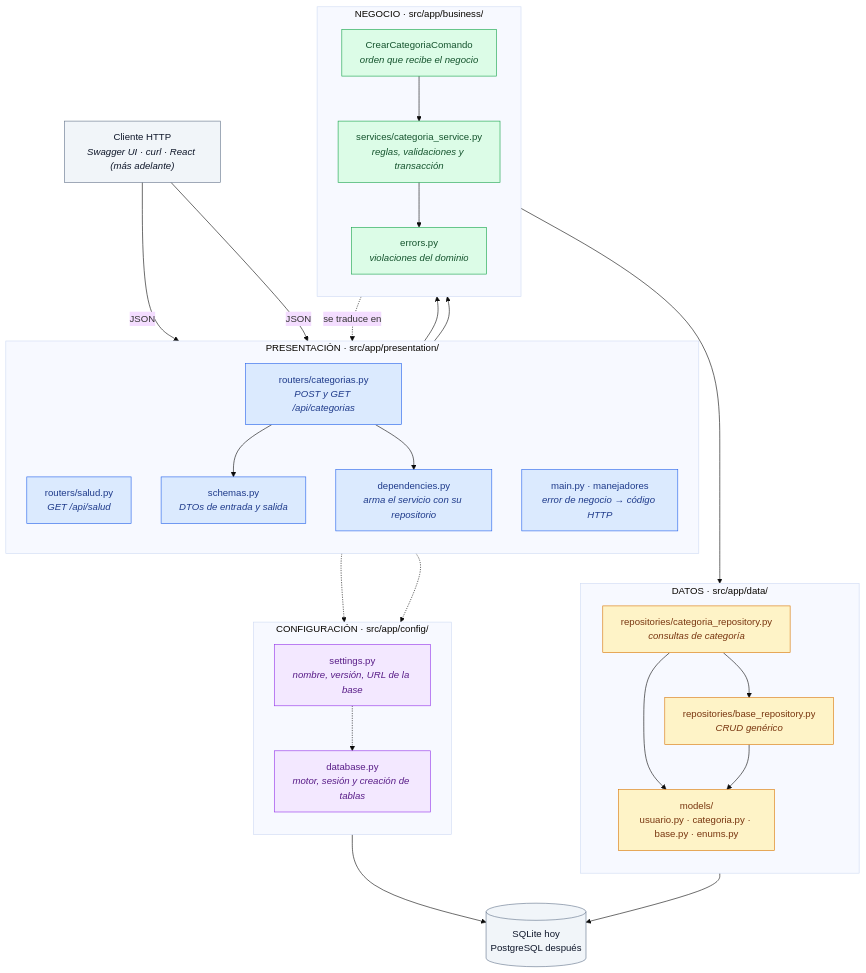
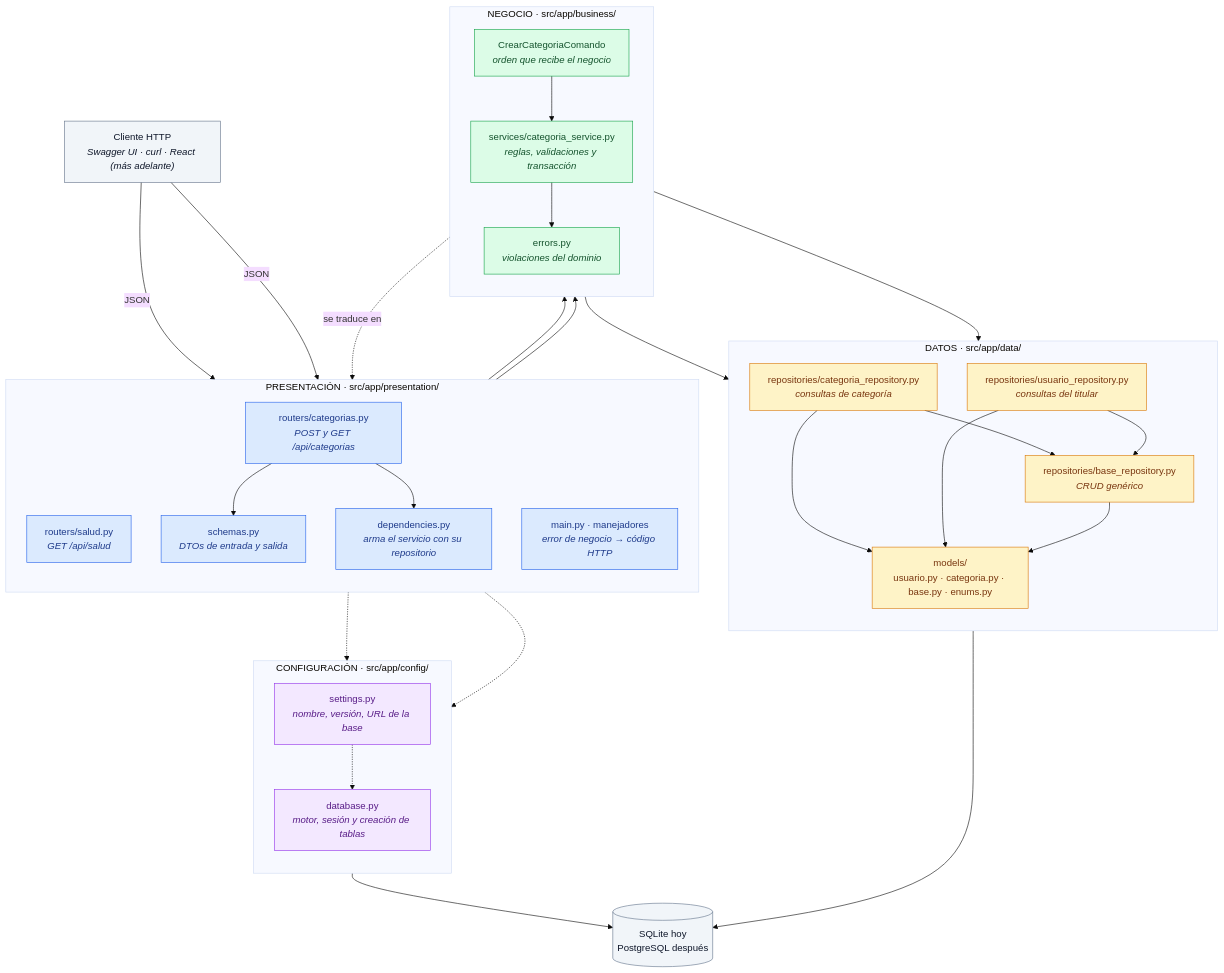
Before and after one commit to jose26solis/gastonomo: the first of 4 diagrams in docs/arquitectura.md, drawn with Mermaid (base theme). The commit also changed other lines of this file and 77 other files, not shown here.

````diff
--- a/docs/arquitectura.md
+++ b/docs/arquitectura.md
@@ -12,67 +12,71 @@
 ```mermaid
 flowchart TD
     Cliente["Cliente HTTP<br/><i>Swagger UI · curl · React (más adelante)</i>"]
 
     subgraph PRES["PRESENTACIÓN · src/app/presentation/"]
         direction TB
         RSalud["routers/salud.py<br/><i>GET /api/salud</i>"]
         RCat["routers/categorias.py<br/><i>POST y GET /api/categorias</i>"]
         Schemas["schemas.py<br/><i>DTOs de entrada y salida</i>"]
         Deps["dependencies.py<br/><i>arma el servicio con su repositorio</i>"]
         Errores["main.py · manejadores<br/><i>error de negocio → código HTTP</i>"]
     end
 
     subgraph NEG["NEGOCIO · src/app/business/"]
         direction TB
         SCat["services/categoria_service.py<br/><i>reglas, validaciones y transacción</i>"]
         Comando["CrearCategoriaComando<br/><i>orden que recibe el negocio</i>"]
         ErrNeg["errors.py<br/><i>violaciones del dominio</i>"]
     end
 
     subgraph DATOS["DATOS · src/app/data/"]
         direction TB
         RepoBase["repositories/base_repository.py<br/><i>CRUD genérico</i>"]
         RepoCat["repositories/categoria_repository.py<br/><i>consultas de categoría</i>"]
+        RepoUsr["repositories/usuario_repository.py<br/><i>consultas del titular</i>"]
         Modelos["models/<br/>usuario.py · categoria.py · base.py · enums.py"]
     end
 
     subgraph CONF["CONFIGURACIÓN · src/app/config/"]
         direction TB
         Settings["settings.py<br/><i>nombre, versión, URL de la base</i>"]
         DB["database.py<br/><i>motor, sesión y creación de tablas</i>"]
     end
 
     BD[("SQLite hoy<br/>PostgreSQL después")]
 
     Cliente -->|JSON| RSalud
     Cliente -->|JSON| RCat
     RCat --> Schemas
     RCat --> Deps
     Deps --> SCat
     RCat --> Comando
     Comando --> SCat
     SCat --> ErrNeg
     ErrNeg -.->|se traduce en| Errores
     SCat --> RepoCat
+    SCat --> RepoUsr
     RepoCat --> RepoBase
+    RepoUsr --> RepoBase
     RepoCat --> Modelos
+    RepoUsr --> Modelos
     RepoBase --> Modelos
     Modelos --> BD
 
     RSalud -.-> Settings
     Settings -.-> DB
     Deps -.-> DB
     DB --> BD
 
     classDef pres fill:#DBEAFE,stroke:#2563EB,color:#1E3A8A
     classDef neg fill:#DCFCE7,stroke:#16A34A,color:#14532D
     classDef dat fill:#FEF3C7,stroke:#D97706,color:#78350F
     classDef conf fill:#F3E8FF,stroke:#9333EA,color:#581C87
     classDef ext fill:#F1F5F9,stroke:#64748B,color:#0F172A
 
     class RSalud,RCat,Schemas,Deps,Errores pres
     class SCat,Comando,ErrNeg neg
-    class RepoBase,RepoCat,Modelos dat
+    class RepoBase,RepoCat,RepoUsr,Modelos dat
     class Settings,DB conf
     class Cliente,BD ext
 ```
````
